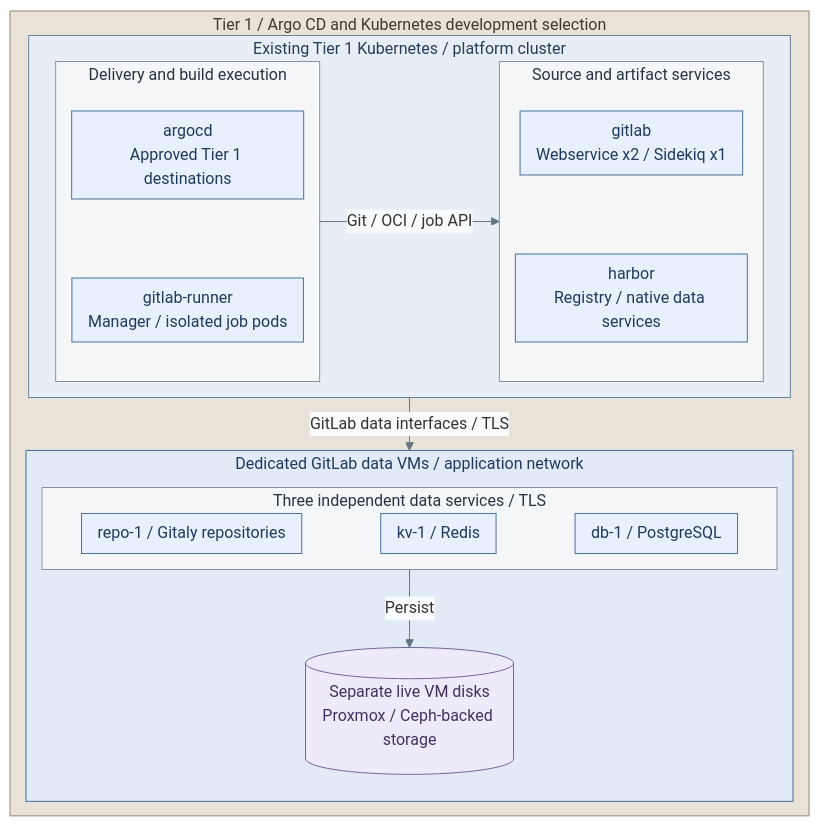
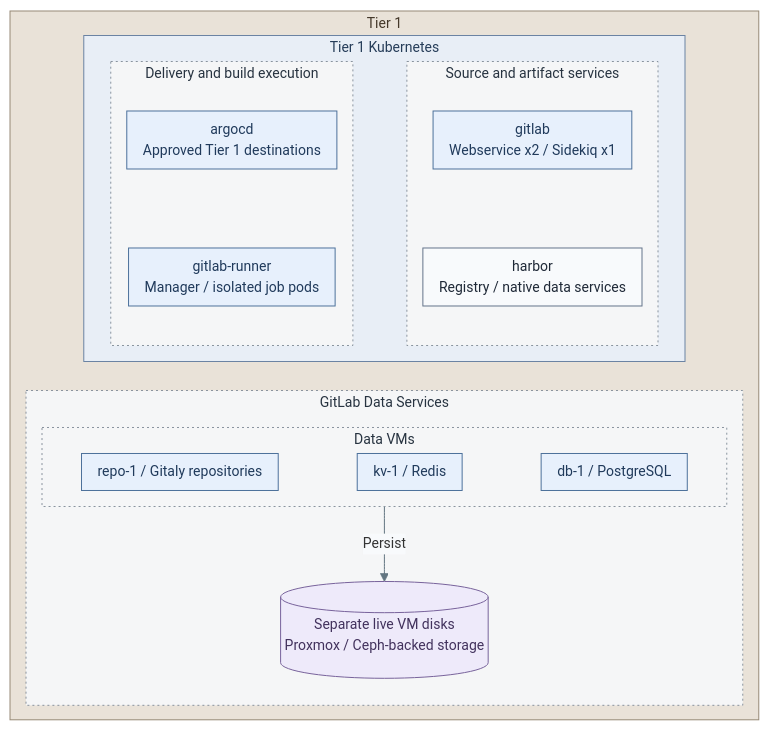
One commit to Rexus/homelab changed the first of 2 diagrams in docs/05-operations/05-delivery.md. Above: the diagram before and after it, drawn with Mermaid. The commit also changed other lines of this file and 124 other files, not shown here.

First line of the commit message:
fix(platform): align service diagrams and directory failover

````diff
--- a/docs/05-operations/05-delivery.md
+++ b/docs/05-operations/05-delivery.md
@@ -9,53 +9,53 @@
 ```mermaid
-%%{init: {"theme":"base","flowchart":{"nodeSpacing":12,"rankSpacing":4,"padding":8,"subGraphTitleMargin":{"top":2,"bottom":8}},"themeVariables":{"lineColor":"#627581","edgeLabelBackground":"#f8fafc"}}}%%
+%%{init: {"theme":"base","flowchart":{"nodeSpacing":12,"rankSpacing":4,"padding":8,"subGraphTitleMargin":{"top":2,"bottom":8}},"themeVariables":{"lineColor":"#627581","edgeLabelBackground":"#f8fafc","fontFamily":"Arial, sans-serif","fontSize":"14px"},"fontFamily":"Arial, sans-serif"}}%%
 flowchart TB
-  subgraph T1["Tier 1 / Argo CD and Kubernetes development selection"]
+  subgraph T1["Tier 1"]
     direction TB
-    subgraph Runtime["Existing Tier 1 Kubernetes / platform cluster"]
+    subgraph Runtime["Tier 1 Kubernetes"]
       direction LR
       subgraph Consumers["Delivery and build execution"]
         direction TB
         CD["argocd<br/>Approved Tier 1 destinations"]
         Runner["gitlab-runner<br/>Manager / isolated job pods"]
         CD ~~~ Runner
       end
       subgraph Supply["Source and artifact services"]
         direction TB
         Git["gitlab<br/>Webservice x2 / Sidekiq x1"]
         Harbor["harbor<br/>Registry / native data services"]
         Git ~~~ Harbor
       end
-      Consumers -->|Git / OCI / job API| Supply
+      Consumers ~~~ Supply
     end
-    subgraph Data["Dedicated GitLab data VMs / application network"]
+    subgraph Data["GitLab Data Services"]
       direction TB
-      subgraph Services["Three independent data services / TLS"]
+      subgraph Services["Data VMs"]
         direction LR
         DB["db-1 / PostgreSQL"]
         Cache["kv-1 / Redis"]
         Repo["repo-1 / Gitaly repositories"]
         Repo ~~~ Cache ~~~ DB
       end
       Disks[("Separate live VM disks<br/>Proxmox / Ceph-backed storage")]
       Services -->|Persist| Disks
     end
-    Runtime -->|GitLab data interfaces / TLS| Data
+    Runtime ~~~ Data
   end
   classDef default fill:#f8fafc,stroke:#64748b,color:#1f2937
   classDef services fill:#e7f0fc,stroke:#4d719b,color:#203a5b
   classDef runtime fill:#d9eeec,stroke:#4d7b77,color:#173f3e
   classDef boundary fill:#eef2f6,stroke:#64748b,color:#1f2937
-  classDef replicas fill:#f5f6f7,stroke:#89939e,color:#273340,stroke-dasharray:5 4
+  classDef replicas fill:#f5f6f7,stroke:#89939e,color:#273340,stroke-dasharray:2 3
   classDef data fill:#eeeafa,stroke:#78639b,color:#42325d
   classDef actor fill:#edf0f3,stroke:#697682,color:#293642
-  class CD,Runner,Git,Harbor,DB,Cache,Repo services
+  class CD,Runner,Git,DB,Cache,Repo services
   class Disks data
-  classDef group fill:#f5f6f7,stroke:#89939e,color:#273340
+  classDef group fill:#f5f6f7,stroke:#89939e,color:#273340,stroke-dasharray:2 3
   class Consumers,Supply,Services group
   classDef kubernetes fill:#e8eef6,stroke:#6b83a3,color:#263d59
   class Runtime kubernetes
   classDef tier1 fill:#e9e2d8,stroke:#968976,color:#44382a
   class T1 tier1
   classDef zoneServices fill:#e1eaf6,stroke:#4d719b,color:#203a5b
-  class Data zoneServices
+  class Data group
 ```
````
